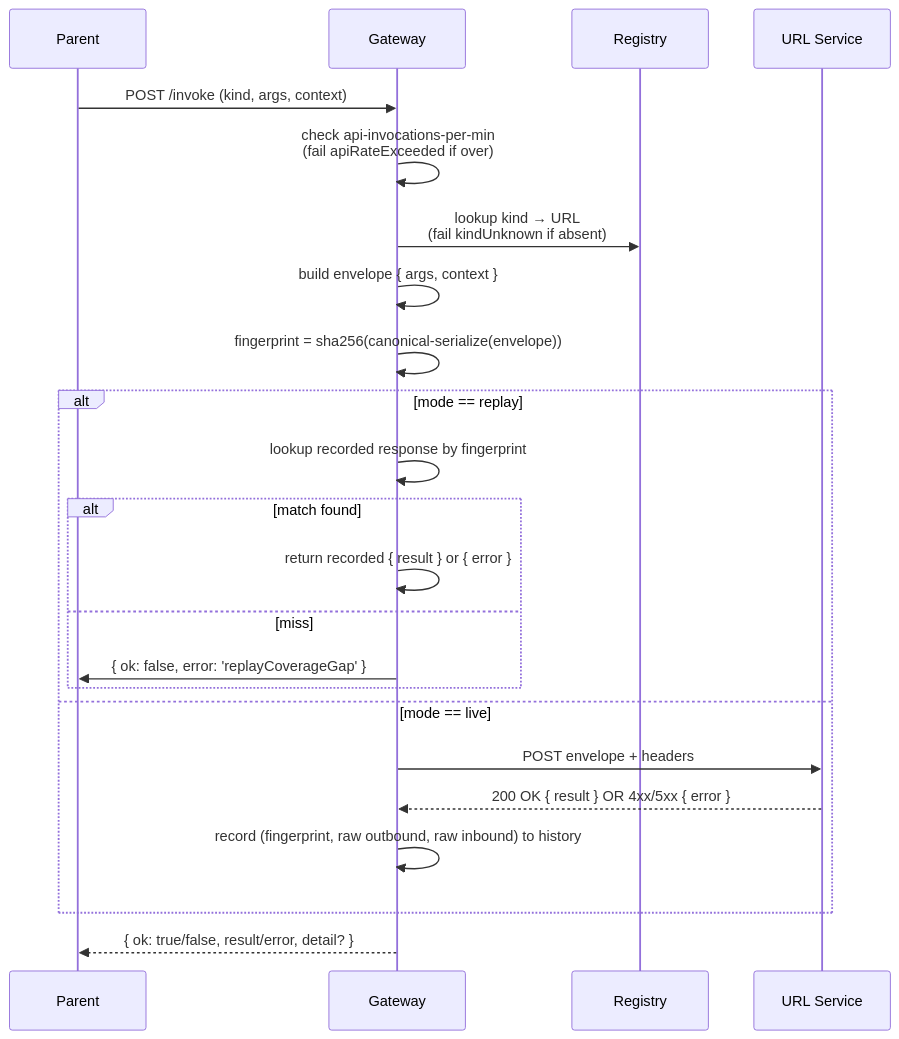
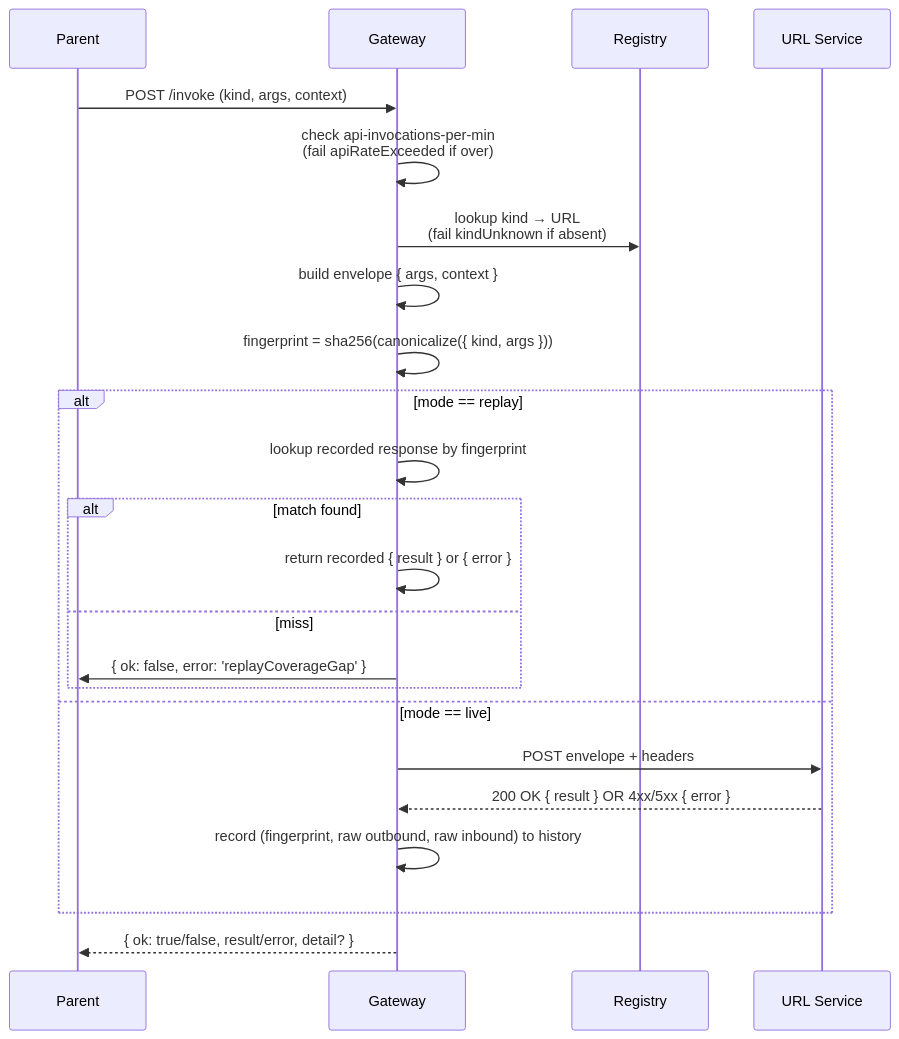
Before and after one commit to pax-historia/pax-backend: the diagram in docs-next/subsystems/api-gateway.md, drawn with Mermaid. The commit also changed other lines of this file and 5 other files, not shown here.

````diff
--- a/docs-next/subsystems/api-gateway.md
+++ b/docs-next/subsystems/api-gateway.md
@@ -66,26 +66,26 @@
 ```mermaid
 sequenceDiagram
   participant Parent
   participant GW as Gateway
   participant Registry
   participant URL as URL Service
 
   Parent->>GW: POST /invoke (kind, args, context)
   GW->>GW: check api-invocations-per-min<br/>(fail apiRateExceeded if over)
   GW->>Registry: lookup kind → URL<br/>(fail kindUnknown if absent)
   GW->>GW: build envelope { args, context }
-  GW->>GW: fingerprint = sha256(canonical-serialize(envelope))
+  GW->>GW: fingerprint = sha256(canonicalize({ kind, args }))
   alt mode == replay
     GW->>GW: lookup recorded response by fingerprint
     alt match found
       GW->>GW: return recorded { result } or { error }
     else miss
       GW->>Parent: { ok: false, error: 'replayCoverageGap' }
     end
   else mode == live
     GW->>URL: POST envelope + headers
     URL-->>GW: 200 OK { result } OR 4xx/5xx { error }
     GW->>GW: record (fingerprint, raw outbound, raw inbound) to history
   end
   GW-->>Parent: { ok: true/false, result/error, detail? }
 ```
````
